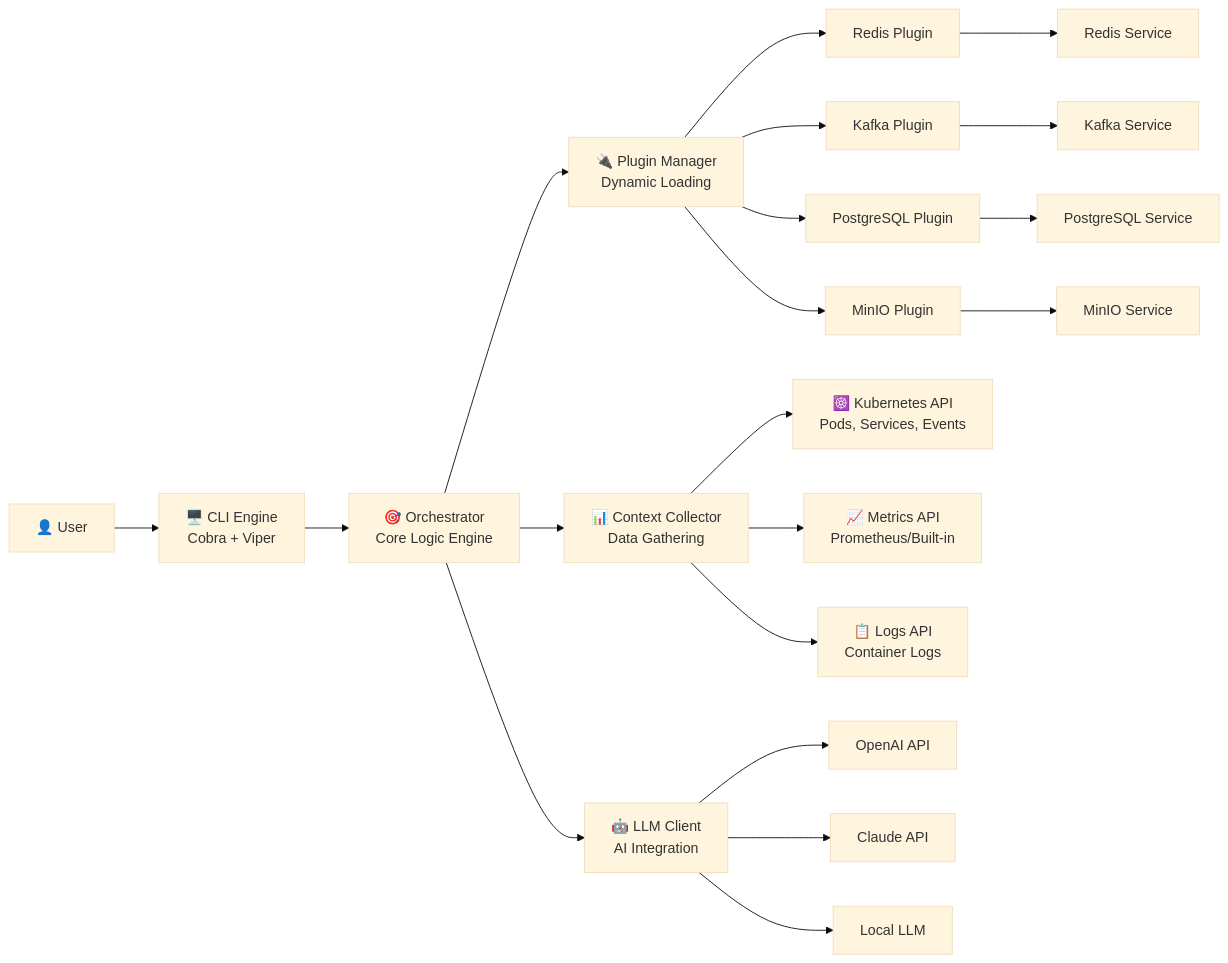
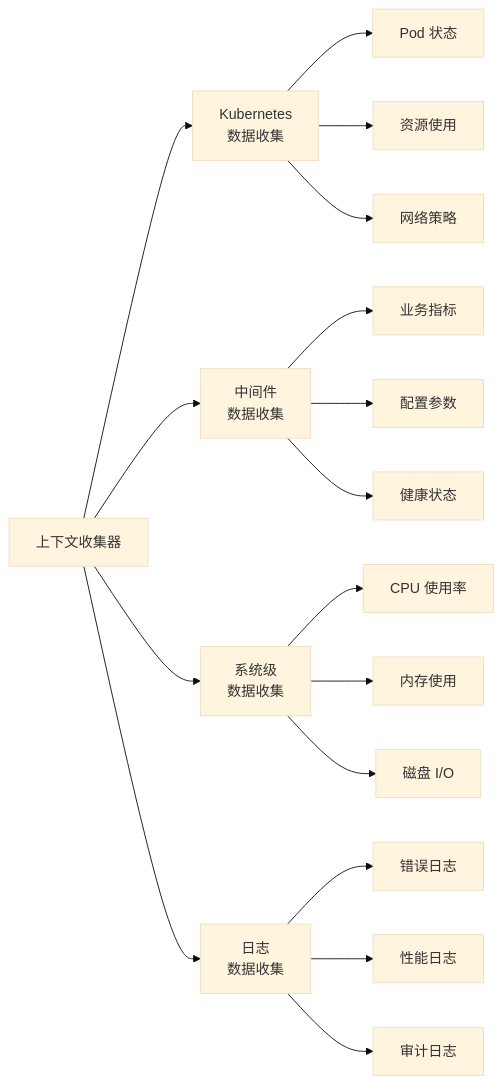
Before and after one commit to turtacn/kubestack-ai: the fifth of 14 diagrams in docs/architecture.md, drawn with Mermaid (base theme). The commit also changed other lines of this file and 2 other files, not shown here.

````diff
--- a/docs/architecture.md
+++ b/docs/architecture.md
@@ -9,28 +273,23 @@
 ```mermaid
 graph LR
-    User[👤 User] --> CLI[🖥️ CLI Engine<br/>Cobra + Viper]
+    CC[上下文收集器] --> K8S[Kubernetes<br/>数据收集]
+    CC --> MW[中间件<br/>数据收集]
+    CC --> SYS[系统级<br/>数据收集]
+    CC --> LOG[日志<br/>数据收集]
     
-    CLI --> Orchestrator[🎯 Orchestrator<br/>Core Logic Engine]
+    K8S --> K8S_POD[Pod 状态]
+    K8S --> K8S_RES[资源使用]
+    K8S --> K8S_NET[网络策略]
     
-    Orchestrator --> PluginManager[🔌 Plugin Manager<br/>Dynamic Loading]
-    Orchestrator --> ContextCollector[📊 Context Collector<br/>Data Gathering]
-    Orchestrator --> LLMClient[🤖 LLM Client<br/>AI Integration]
+    MW --> MW_METRIC[业务指标]
+    MW --> MW_CONFIG[配置参数]
+    MW --> MW_HEALTH[健康状态]
     
-    PluginManager --> RedisPlugin[Redis Plugin]
-    PluginManager --> KafkaPlugin[Kafka Plugin]
-    PluginManager --> PostgresPlugin[PostgreSQL Plugin]
-    PluginManager --> MinIOPlugin[MinIO Plugin]
+    SYS --> SYS_CPU[CPU 使用率]
+    SYS --> SYS_MEM[内存使用]
+    SYS --> SYS_DISK[磁盘 I/O]
     
-    ContextCollector --> K8sAPI[☸️ Kubernetes API<br/>Pods, Services, Events]
-    ContextCollector --> MetricsAPI[📈 Metrics API<br/>Prometheus/Built-in]
-    ContextCollector --> LogsAPI[📋 Logs API<br/>Container Logs]
-    
-    RedisPlugin --> RedisService[Redis Service]
-    KafkaPlugin --> KafkaService[Kafka Service]
-    PostgresPlugin --> PostgresService[PostgreSQL Service]
-    MinIOPlugin --> MinIOService[MinIO Service]
-    
-    LLMClient --> OpenAI[OpenAI API]
-    LLMClient --> Claude[Claude API]
-    LLMClient --> LocalLLM[Local LLM]
+    LOG --> LOG_ERROR[错误日志]
+    LOG --> LOG_PERF[性能日志]
+    LOG --> LOG_AUDIT[审计日志]
 ```
````
